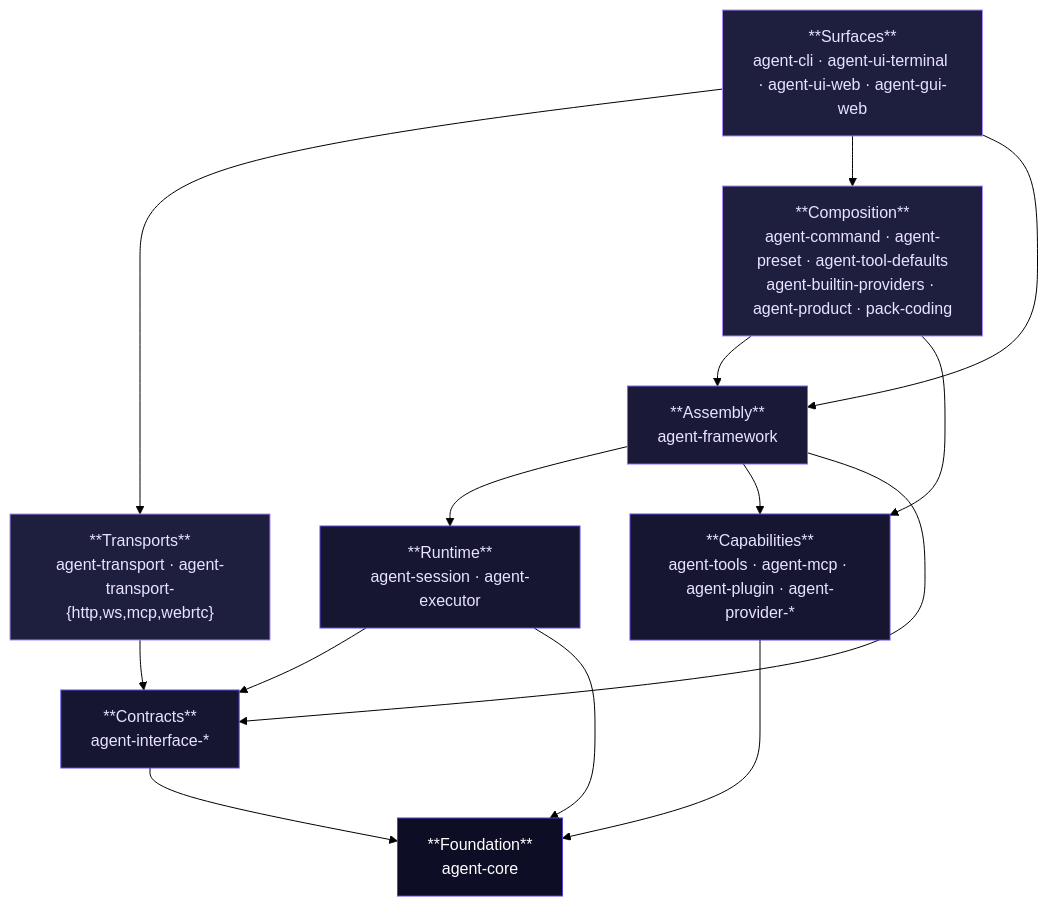
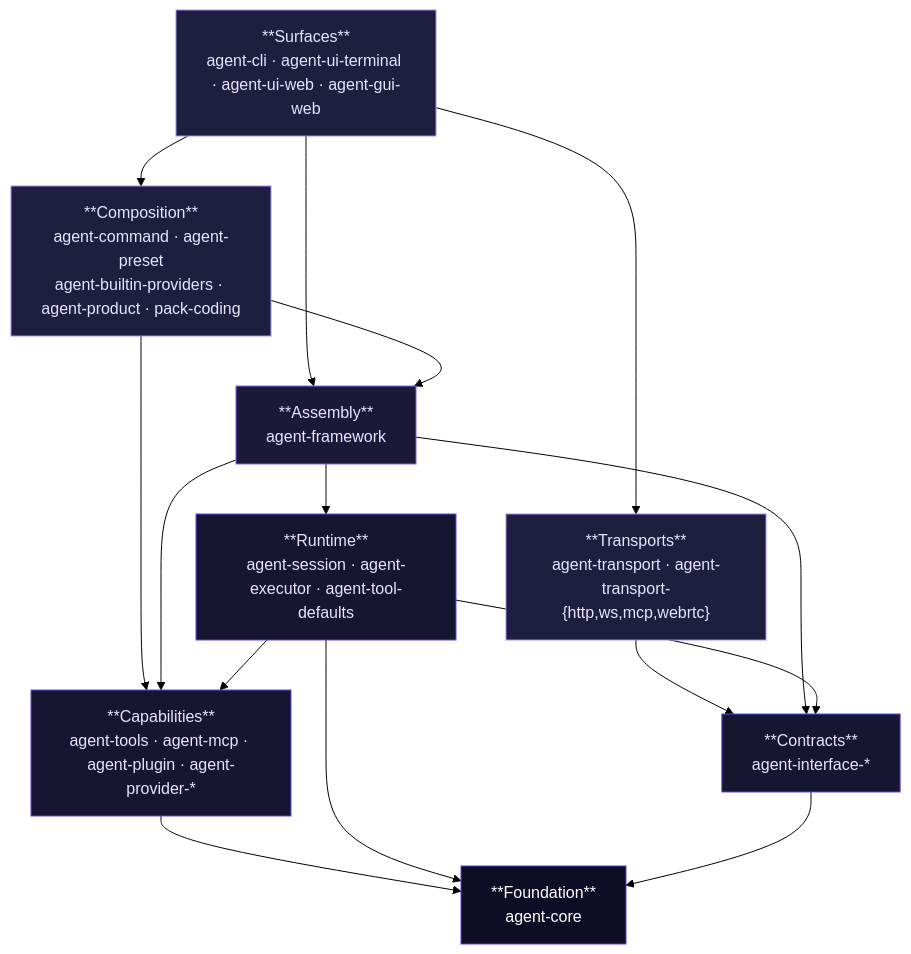
Before and after one commit to woojubb/robota: the diagram in content/guide/architecture.md, drawn with Mermaid (forest theme). The commit also changed other lines of this file and 7 other files, not shown here.

First line of the commit message:
docs(architecture): place agent-tool-defaults below agent-framework in the user guide (#3272)

````diff
--- a/content/guide/architecture.md
+++ b/content/guide/architecture.md
@@ -29,35 +29,36 @@
 ```mermaid
 flowchart TB
     SURF["**Surfaces**\nagent-cli · agent-ui-terminal · agent-ui-web · agent-gui-web"]
     TRANS["**Transports**\nagent-transport · agent-transport-{http,ws,mcp,webrtc}"]
-    COMP["**Composition**\nagent-command · agent-preset · agent-tool-defaults\nagent-builtin-providers · agent-product · pack-coding"]
+    COMP["**Composition**\nagent-command · agent-preset\nagent-builtin-providers · agent-product · pack-coding"]
     FW["**Assembly**\nagent-framework"]
-    RT["**Runtime**\nagent-session · agent-executor"]
+    RT["**Runtime**\nagent-session · agent-executor · agent-tool-defaults"]
     CAP["**Capabilities**\nagent-tools · agent-mcp · agent-plugin · agent-provider-*"]
     IF["**Contracts**\nagent-interface-*"]
     CORE["**Foundation**\nagent-core"]
 
     SURF --> TRANS
     SURF --> COMP
     SURF --> FW
     COMP --> FW
     COMP --> CAP
     TRANS --> IF
     FW --> RT
     FW --> CAP
     FW --> IF
     RT --> IF
+    RT --> CAP
     CAP --> CORE
     RT --> CORE
     IF --> CORE
 
     classDef edge fill:#1e1e3f,stroke:#a78bfa,color:#e8e4ff
     classDef framework fill:#1a1a38,stroke:#7c6bf7,color:#e8e4ff
     classDef general fill:#161630,stroke:#5a4de6,color:#e8e4ff
     classDef core fill:#0d0d25,stroke:#4f44d0,color:#fff
 
     class SURF,TRANS,COMP edge
     class FW framework
     class RT,CAP,IF general
     class CORE core
 ```
````
